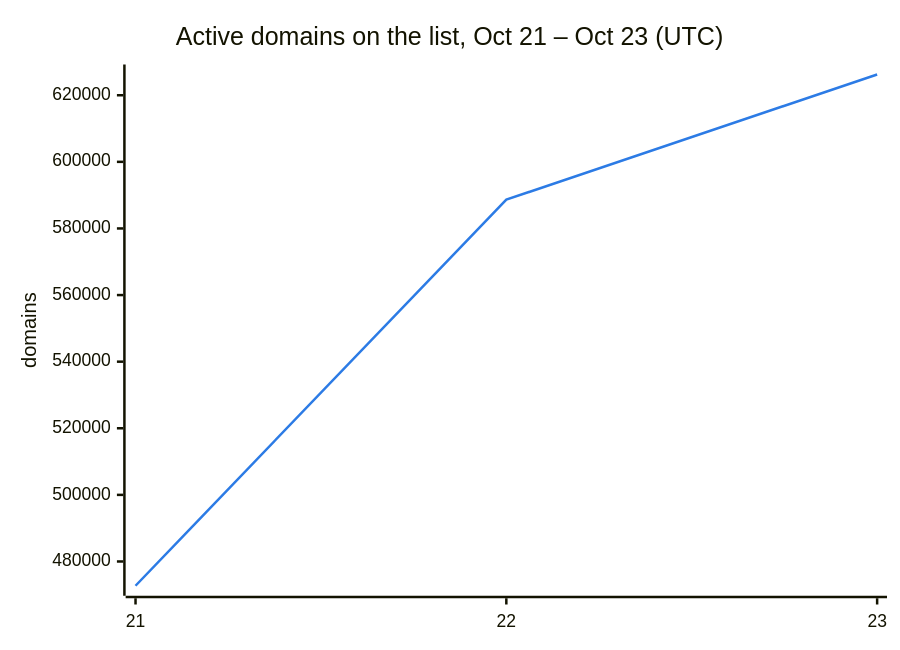
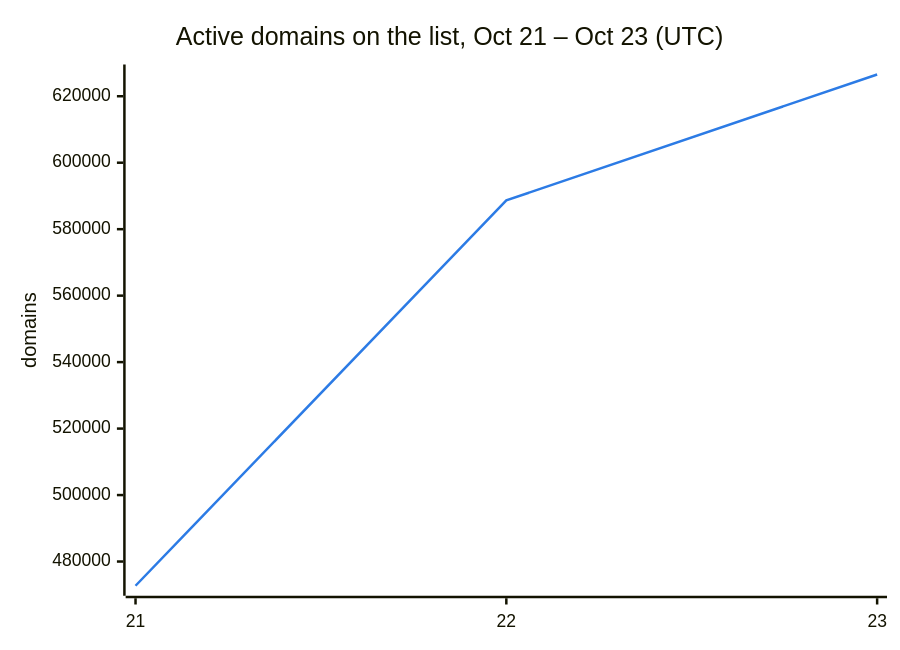
Before and after one commit to DNSBunker/CTI: the second of 3 diagrams in README.md, drawn with Mermaid. The commit also changed other lines of this file and 3 other files, not shown here.

````diff
--- a/README.md
+++ b/README.md
@@ -38,8 +38,8 @@
 ```mermaid
 %%{init: {"themeVariables": {"xyChart": {"plotColorPalette": "#2c7be5"}}}}%%
 xychart-beta
     title "Active domains on the list, Oct 21 – Oct 23 (UTC)"
     x-axis ["21", "22", "23"]
     y-axis "domains"
-    line [472713, 588659, 626229]
+    line [472713, 588659, 626540]
 ```
````
